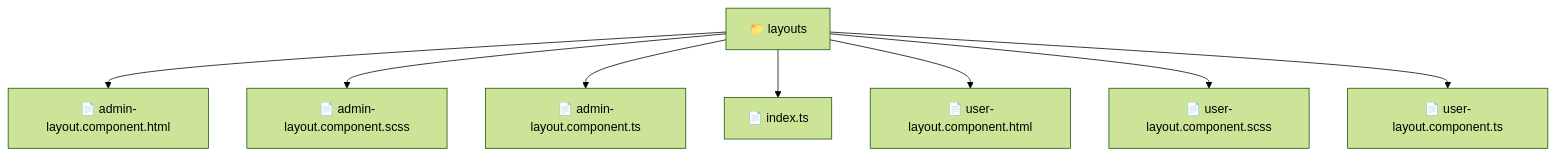
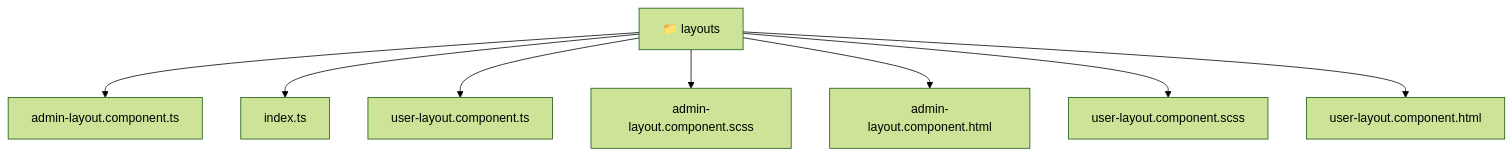
Before and after one commit to beginwebdev2002/fullstack-mavluda: the diagram in frontend/src/widgets/layouts/README.md, drawn with Mermaid (forest theme). The commit also changed other lines of this file and 167 other files, not shown here.

````diff
--- a/frontend/src/widgets/layouts/README.md
+++ b/frontend/src/widgets/layouts/README.md
@@ -11,11 +11,18 @@
 ```mermaid
 graph TD
-  Root["📁 layouts"]
-  Root --> admin_layout_component_html["📄 admin-layout.component.html"]
-  Root --> admin_layout_component_scss["📄 admin-layout.component.scss"]
-  Root --> admin_layout_component_ts["📄 admin-layout.component.ts"]
-  Root --> index_ts["📄 index.ts"]
-  Root --> user_layout_component_html["📄 user-layout.component.html"]
-  Root --> user_layout_component_scss["📄 user-layout.component.scss"]
-  Root --> user_layout_component_ts["📄 user-layout.component.ts"]
+  Root_layouts["📁 layouts"]
+  f_admin_layout_component_ts["admin-layout.component.ts"]
+  Root_layouts --> f_admin_layout_component_ts
+  f_index_ts["index.ts"]
+  Root_layouts --> f_index_ts
+  f_user_layout_component_ts["user-layout.component.ts"]
+  Root_layouts --> f_user_layout_component_ts
+  f_admin_layout_component_scss["admin-layout.component.scss"]
+  Root_layouts --> f_admin_layout_component_scss
+  f_admin_layout_component_html["admin-layout.component.html"]
+  Root_layouts --> f_admin_layout_component_html
+  f_user_layout_component_scss["user-layout.component.scss"]
+  Root_layouts --> f_user_layout_component_scss
+  f_user_layout_component_html["user-layout.component.html"]
+  Root_layouts --> f_user_layout_component_html
 ```
````
